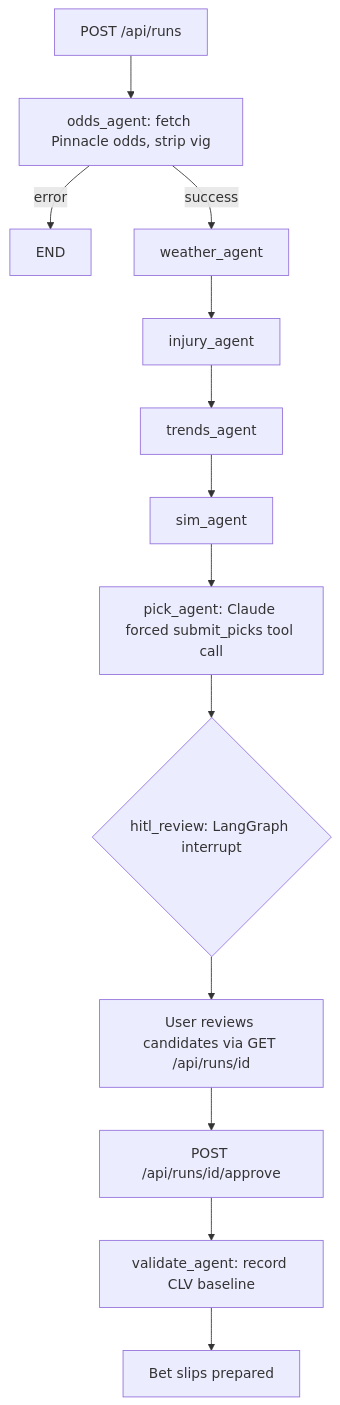
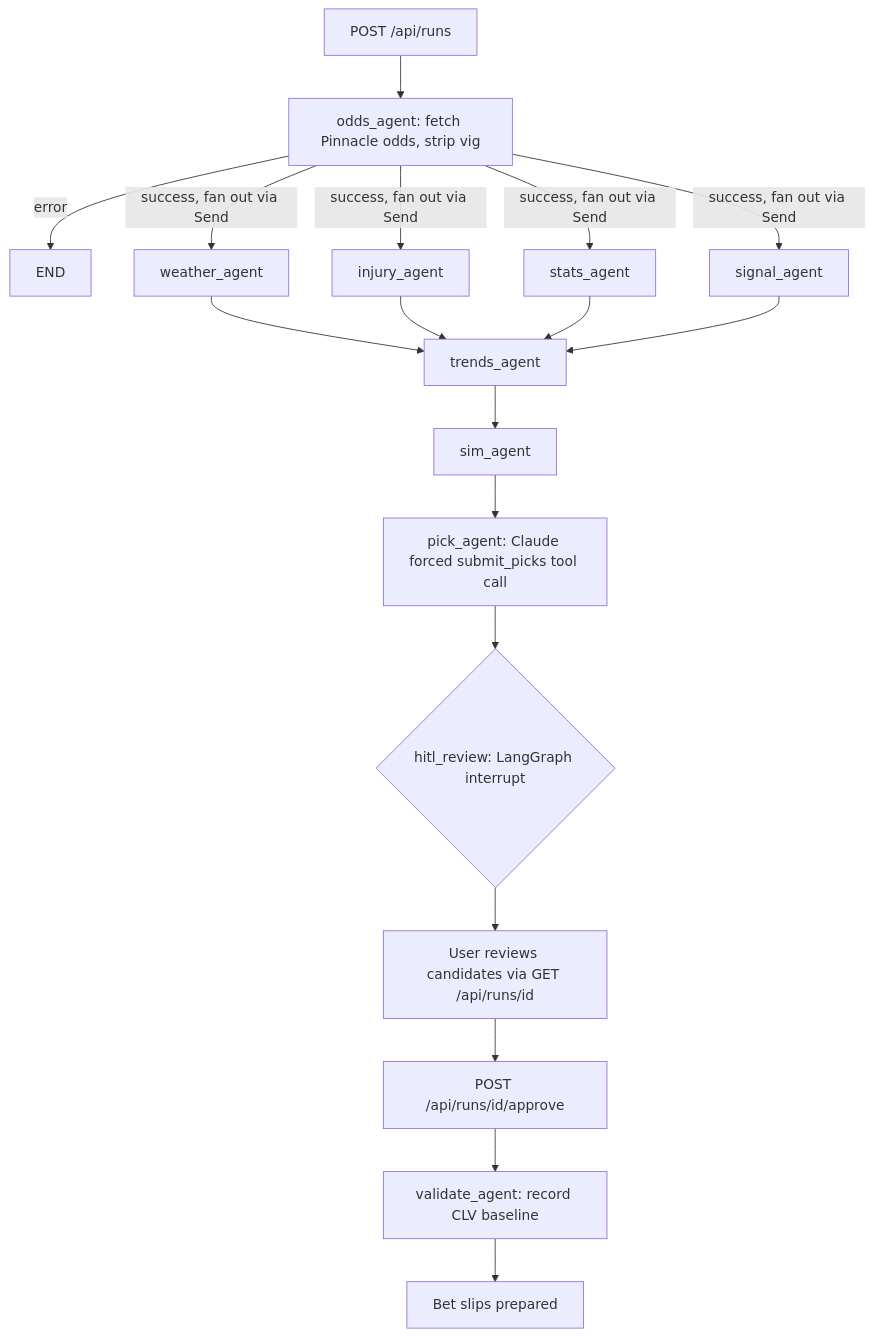
Before and after one commit to coreystevensdev/fairline: the diagram in README.md, drawn with Mermaid. The commit also changed other lines of this file, not shown here.

Commit message:
docs: document BALLDONTLIE stats and steam signal in README

````diff
--- a/README.md
+++ b/README.md
@@ -21,15 +21,20 @@
 ```mermaid
 flowchart TD
     A[POST /api/runs] --> B[odds_agent: fetch Pinnacle odds, strip vig]
     B -->|error| Z[END]
-    B -->|success| C[weather_agent]
-    C --> D[injury_agent]
-    D --> E[trends_agent]
+    B -->|success, fan out via Send| C[weather_agent]
+    B -->|success, fan out via Send| D[injury_agent]
+    B -->|success, fan out via Send| S[stats_agent]
+    B -->|success, fan out via Send| G1[signal_agent]
+    C --> E[trends_agent]
+    D --> E
+    S --> E
+    G1 --> E
     E --> F[sim_agent]
     F --> G[pick_agent: Claude forced submit_picks tool call]
     G --> H{hitl_review: LangGraph interrupt}
     H --> I[User reviews candidates via GET /api/runs/id]
     I --> J[POST /api/runs/id/approve]
     J --> K[validate_agent: record CLV baseline]
     K --> L[Bet slips prepared]
 ```
````
